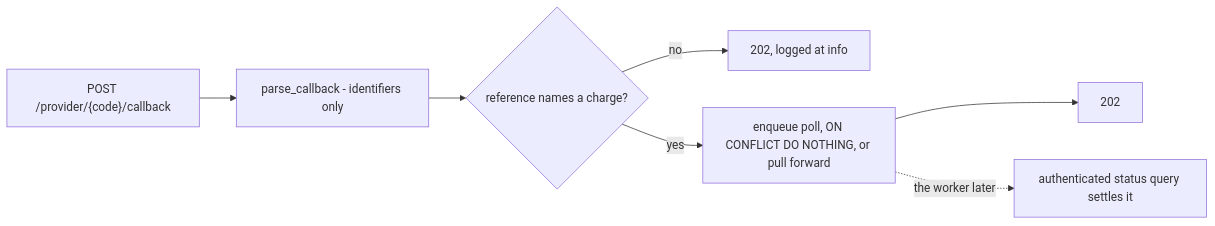
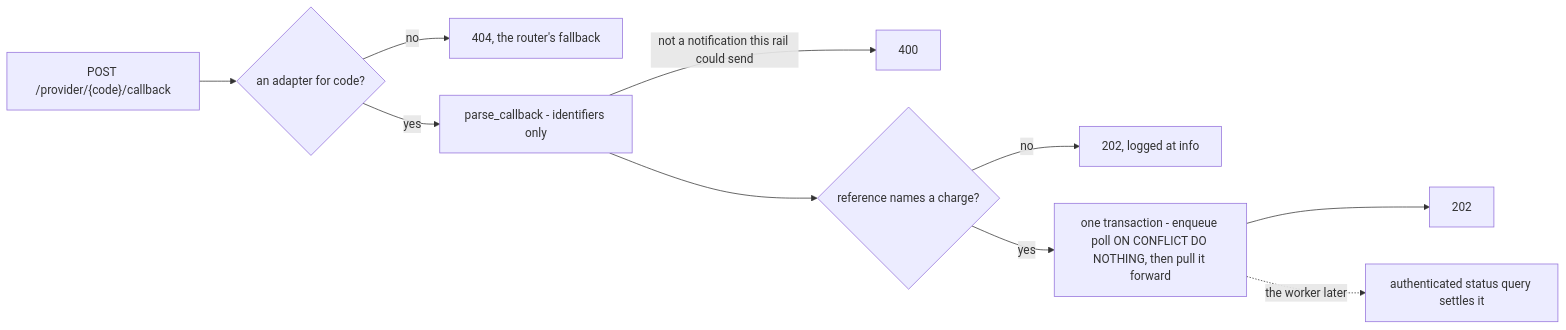
Before and after one commit to vaam-apps/vpay-docs: the third of 4 diagrams in docs/payments/reconciler.md, drawn with Mermaid. The commit also changed other lines of this file and 28 other files, not shown here.

````diff
--- a/docs/payments/reconciler.md
+++ b/docs/payments/reconciler.md
@@ -134,9 +135,12 @@
 ```mermaid
 flowchart LR
-    CB["POST /provider/{code}/callback"] --> PC["parse_callback - identifiers only"]
+    CB["POST /provider/{code}/callback"] --> A{"an adapter for code?"}
+    A -->|"no"| NF["404, the router's fallback"]
+    A -->|"yes"| PC["parse_callback - identifiers only"]
+    PC -->|"not a notification this rail could send"| BR["400"]
     PC --> V{"reference names a charge?"}
     V -->|"no"| X["202, logged at info"]
-    V -->|"yes"| J["enqueue poll, ON CONFLICT DO NOTHING, or pull forward"]
+    V -->|"yes"| J["one transaction - enqueue poll ON CONFLICT DO NOTHING, then pull it forward"]
     J --> OK["202"]
     J -.->|"the worker later"| Q["authenticated status query settles it"]
 ```
````
